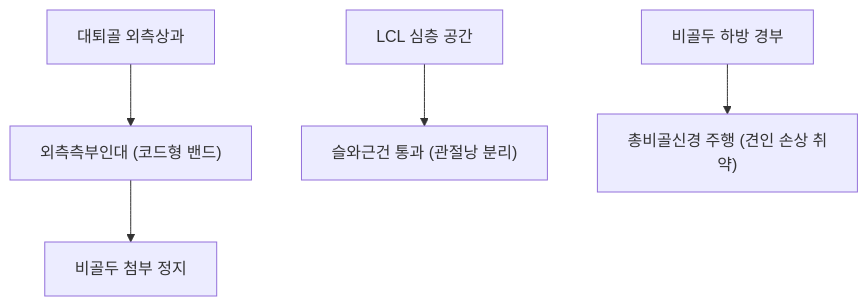
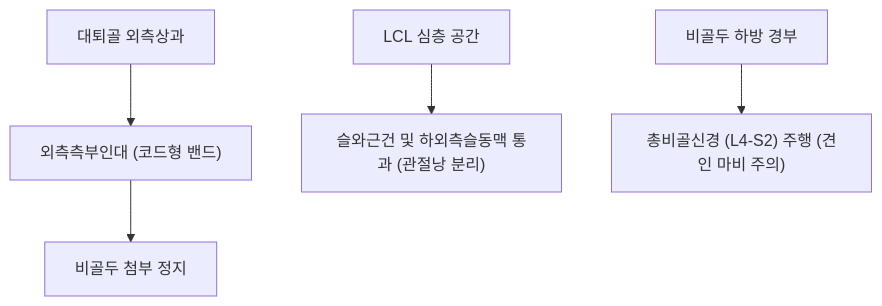
Before and after one commit to simbio11/simbio-digital-garden2: the diagram in content/1. 근골격계 공부/인대/외측측부인대.md, drawn with Mermaid. The commit also changed other lines of this file and 149 other files, not shown here.

````diff
--- a/content/1. 근골격계 공부/인대/외측측부인대.md
+++ b/content/1. 근골격계 공부/인대/외측측부인대.md
@@ -49,7 +56,7 @@
 ```mermaid
 graph TD
     FemoralEpicondyle["대퇴골 외측상과"] --> LCL["외측측부인대 (코드형 밴드)"]
     LCL --> FibularHead["비골두 첨부 정지"]
-    DeepSpace["LCL 심층 공간"] --> Popliteus["슬와근건 통과 (관절낭 분리)"]
-    FibularNeck["비골두 하방 경부"] --> CPN["총비골신경 주행 (견인 손상 취약)"]
+    DeepSpace["LCL 심층 공간"] --> Popliteus["슬와근건 및 하외측슬동맥 통과 (관절낭 분리)"]
+    FibularNeck["비골두 하방 경부"] --> CPN["총비골신경 (L4-S2) 주행 (견인 마비 주의)"]
 ```
````
